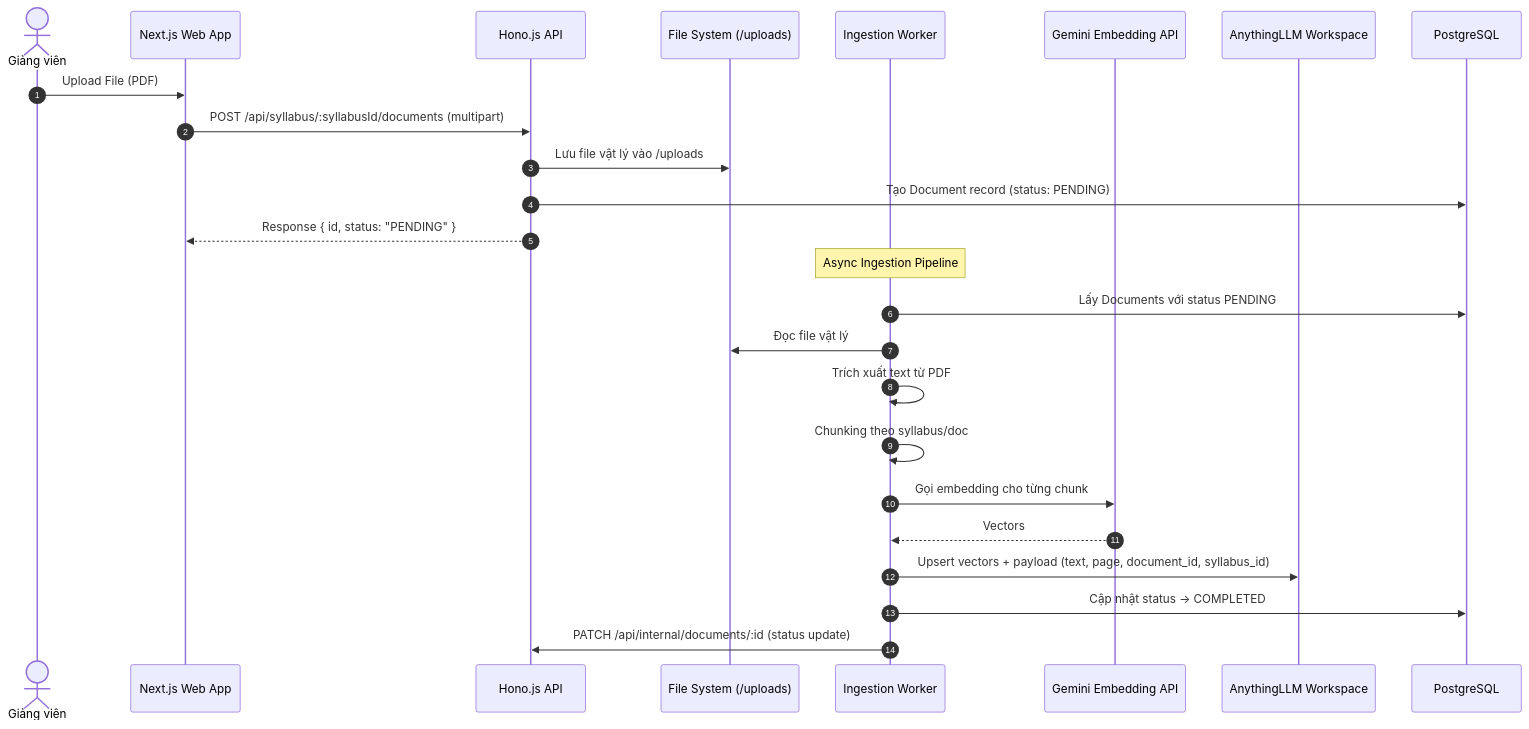
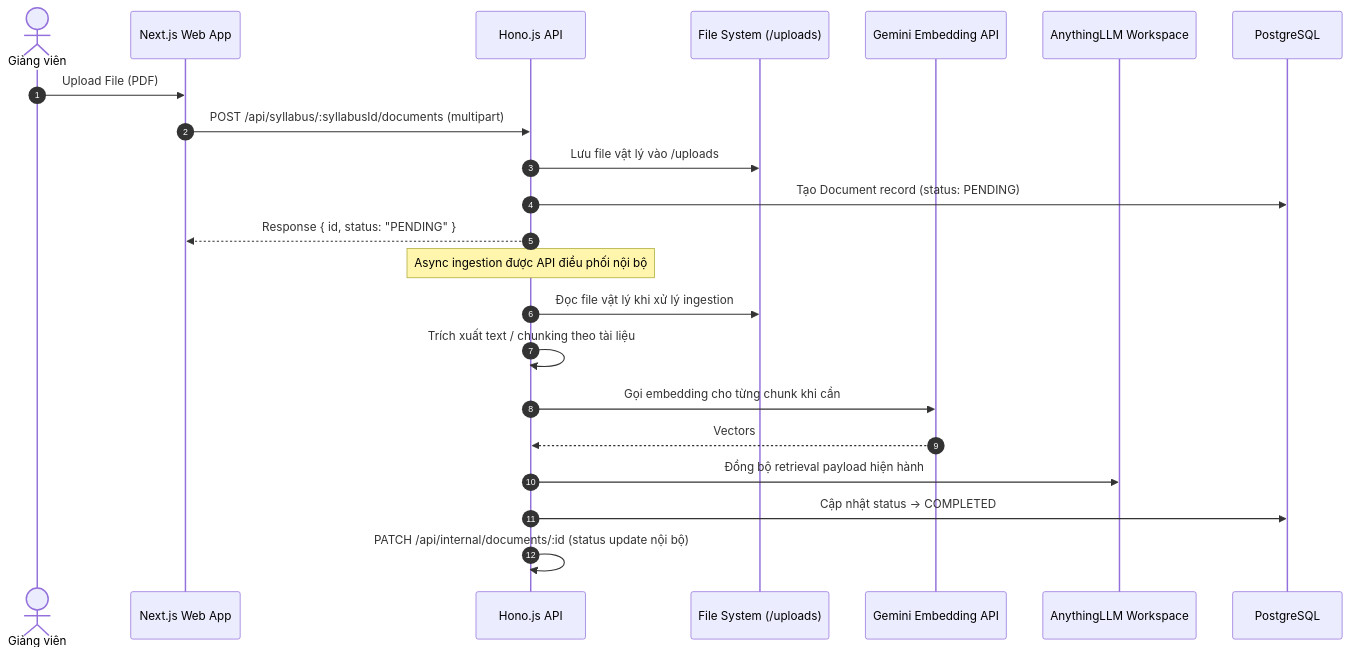
Before and after one commit to lgdlong/chatbot-rag-fptu-sdn: the second of 3 diagrams in docs/technical/architecture/system_architecture.md, drawn with Mermaid. The commit also changed other lines of this file and 25 other files, not shown here.

Commit message:
docs: cập nhật tài liệu srs, api, technical, operations và bổ sung hướng dẫn onboarding

````diff
--- a/docs/technical/architecture/system_architecture.md
+++ b/docs/technical/architecture/system_architecture.md
@@ -79,29 +76,26 @@
 ```mermaid
 sequenceDiagram
     autonumber
     actor L as Giảng viên
     participant FE as Next.js Web App
     participant BE as Hono.js API
     participant FS as File System (/uploads)
-    participant Worker as Ingestion Worker
     participant E as Gemini Embedding API
     participant VDB as AnythingLLM Workspace
     participant RDB as PostgreSQL
 
     L->>FE: Upload File (PDF)
     FE->>BE: POST /api/syllabus/:syllabusId/documents (multipart)
     BE->>FS: Lưu file vật lý vào /uploads
     BE->>RDB: Tạo Document record (status: PENDING)
     BE-->>FE: Response { id, status: "PENDING" }
 
-    Note over Worker: Async Ingestion Pipeline
-    Worker->>RDB: Lấy Documents với status PENDING
-    Worker->>FS: Đọc file vật lý
-    Worker->>Worker: Trích xuất text từ PDF
-    Worker->>Worker: Chunking theo syllabus/doc
-    Worker->>E: Gọi embedding cho từng chunk
-    E-->>Worker: Vectors
-    Worker->>VDB: Upsert vectors + payload (text, page, document_id, syllabus_id)
-    Worker->>RDB: Cập nhật status → COMPLETED
-    Worker->>BE: PATCH /api/internal/documents/:id (status update)
+    Note over BE: Async ingestion được API điều phối nội bộ
+    BE->>FS: Đọc file vật lý khi xử lý ingestion
+    BE->>BE: Trích xuất text / chunking theo tài liệu
+    BE->>E: Gọi embedding cho từng chunk khi cần
+    E-->>BE: Vectors
+    BE->>VDB: Đồng bộ retrieval payload hiện hành
+    BE->>RDB: Cập nhật status → COMPLETED
+    BE->>BE: PATCH /api/internal/documents/:id (status update nội bộ)
 ```
````
